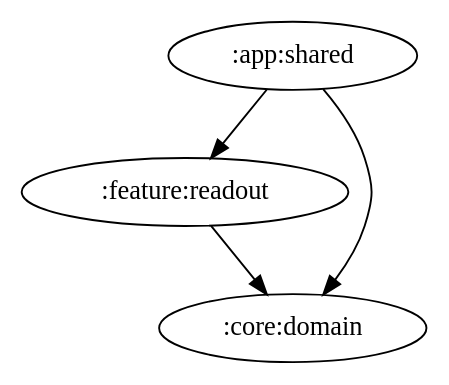
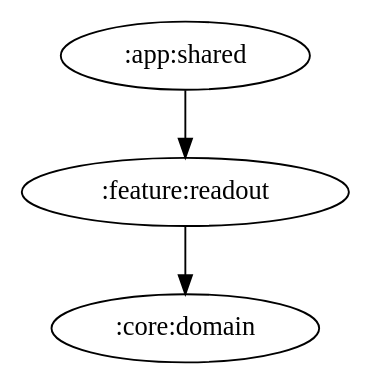
The diagram in docs/graphs/feature-readout.gv (ai-kurou/KoDriver), drawn with Graphviz before and after one commit. The commit also changed 13 other files, not shown here.

Commit message:
chore: update module graph images [skip ci]

```diff
--- a/docs/graphs/feature-readout.gv
+++ b/docs/graphs/feature-readout.gv
@@ -1,5 +1,4 @@
 digraph G {
   ":app:shared" -> ":feature:readout"
-  ":app:shared" -> ":core:domain"
   ":feature:readout" -> ":core:domain"
 }
```
